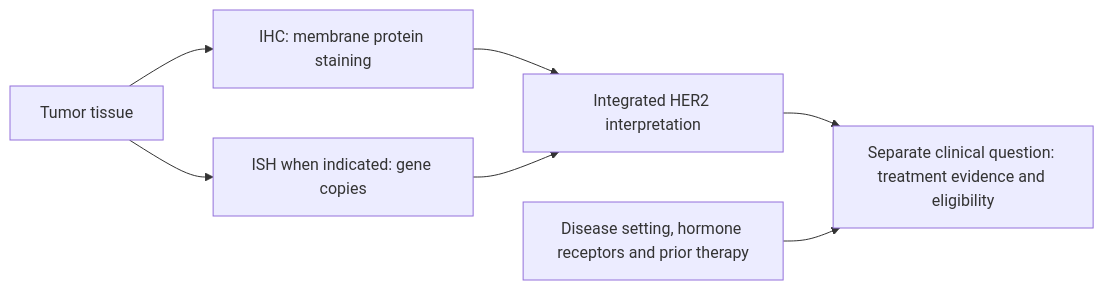
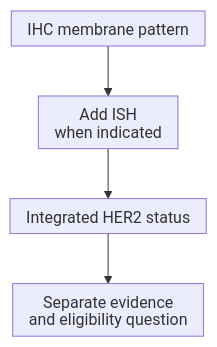
The diagram in wiki/education/concepts/breast-cancer/receptors-and-subtypes/her2.md (jasonLaster/oncoguide), drawn with Mermaid before and after one commit. The commit also changed other lines of this file and 31 other files, not shown here.

````diff
--- a/wiki/education/concepts/breast-cancer/receptors-and-subtypes/her2.md
+++ b/wiki/education/concepts/breast-cancer/receptors-and-subtypes/her2.md
@@ -50,9 +50,7 @@
 ```mermaid
-flowchart LR
-    A["Tumor tissue"] --> B["IHC: membrane protein staining"]
-    A --> C["ISH when indicated: gene copies"]
-    B --> D["Integrated HER2 interpretation"]
-    C --> D
-    D --> E["Separate clinical question: treatment evidence and eligibility"]
-    F["Disease setting, hormone receptors and prior therapy"] --> E
+%%{init: {"htmlLabels":false,"flowchart":{"htmlLabels":false,"padding":8,"nodeSpacing":25}}}%%
+flowchart TD
+    A["IHC membrane pattern"] --> B["Add ISH<br/>when indicated"]
+    B --> C["Integrated HER2 status"]
+    C --> D["Separate evidence<br/>and eligibility question"]
 ```
````
